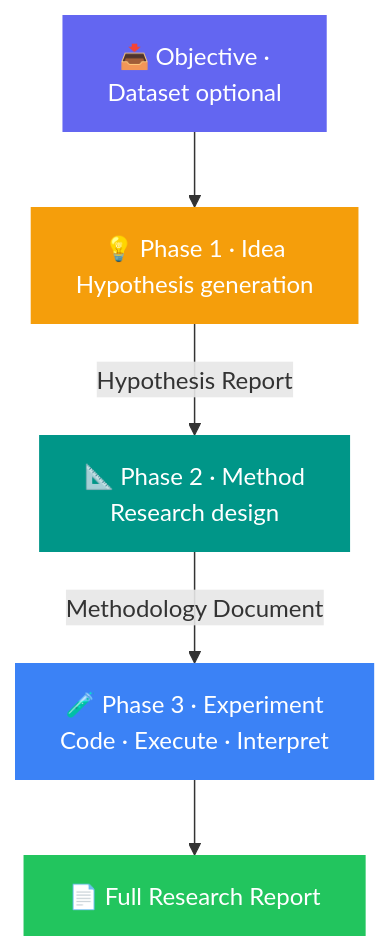
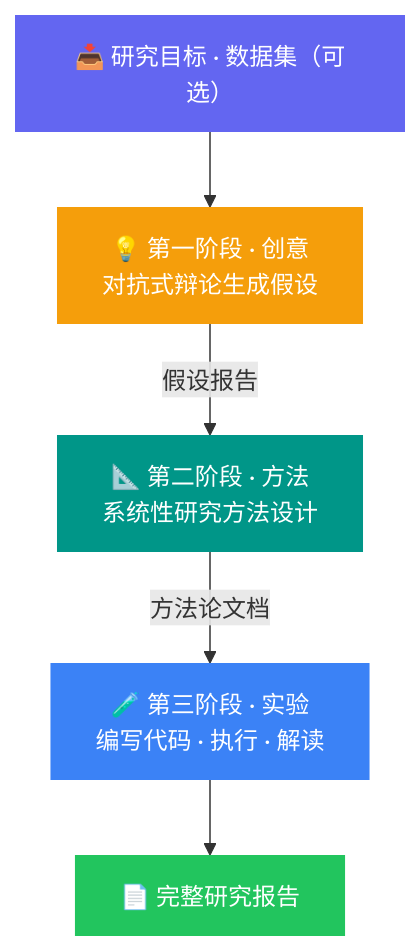
Before and after one commit to autoseekai/Eureka-samples: the diagram in README.md, drawn with Mermaid. The commit also changed other lines of this file and 2 other files, not shown here.

````diff
--- a/README.md
+++ b/README.md
@@ -46,22 +41,22 @@
 ```mermaid
 flowchart TD
-    INPUT["📥 Objective · <br/> Dataset optional"]
+    INPUT["📥 研究目标 · 数据集（可选）"]
 
     INPUT --> IDEA
-    IDEA["💡 Phase 1 · Idea<br/>Hypothesis generation"]
+    IDEA["💡 第一阶段 · 创意<br/>对抗式辩论生成假设"]
 
-    IDEA -->|Hypothesis Report| METHOD
-    METHOD["📐 Phase 2 · Method<br/>Research design"]
+    IDEA -->|假设报告| METHOD
+    METHOD["📐 第二阶段 · 方法<br/>系统性研究方法设计"]
 
-    METHOD -->|Methodology Document| EXPERIMENT
-    EXPERIMENT["🧪 Phase 3 · Experiment<br/>Code · Execute · Interpret"]
+    METHOD -->|方法论文档| EXPERIMENT
+    EXPERIMENT["🧪 第三阶段 · 实验<br/>编写代码 · 执行 · 解读"]
 
     EXPERIMENT --> OUTPUT
-    OUTPUT["📄 Full Research Report"]
+    OUTPUT["📄 完整研究报告"]
 
     style INPUT      fill:#6366f1,color:#fff,stroke:none
     style IDEA       fill:#f59e0b,color:#fff,stroke:none
     style METHOD     fill:#009688,color:#fff,stroke:none
     style EXPERIMENT fill:#3b82f6,color:#fff,stroke:none
     style OUTPUT     fill:#22c55e,color:#fff,stroke:none
 ```
````
